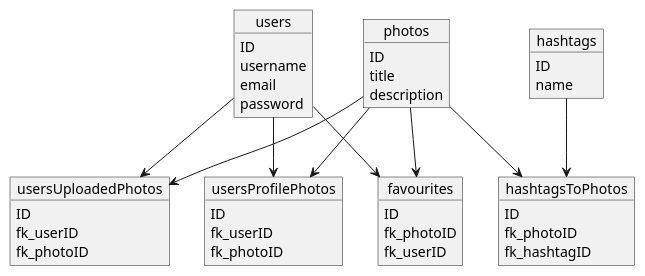
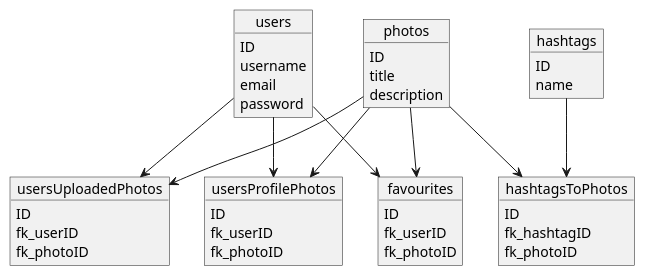
One commit to BaXTeReQ/photo_album_app changed the diagram in database.plantuml. Above: the diagram before and after it, drawn with PlantUML. The commit also changed other lines of this file, not shown here.

Commit message:
Minor fix for diagram

```diff
--- a/database.plantuml
+++ b/database.plantuml
@@ -1,58 +1,58 @@
 @startuml
 
 object users {
     ID
     username
     email
     password
 }
 
 object photos {
     ID
     title
     description
 }
 
 object hashtags {
     ID
     name
 }
 
 object usersUploadedPhotos {
     ID
     fk_userID
     fk_photoID
 }
 
 object usersProfilePhotos {
     ID
     fk_userID
     fk_photoID
 }
 
 object hashtagsToPhotos {
     ID
+    fk_hashtagID
     fk_photoID
-    fk_hashtagID
 }
 
 object favourites {
     ID
+    fk_userID
     fk_photoID
-    fk_userID
 }
 
 hashtags --> hashtagsToPhotos 
 photos --> hashtagsToPhotos 
 
 photos --> favourites
 users --> favourites
 
 users --> usersUploadedPhotos 
 photos --> usersUploadedPhotos 
 
 users --> usersProfilePhotos
 photos --> usersProfilePhotos
 
 
 @enduml
```
